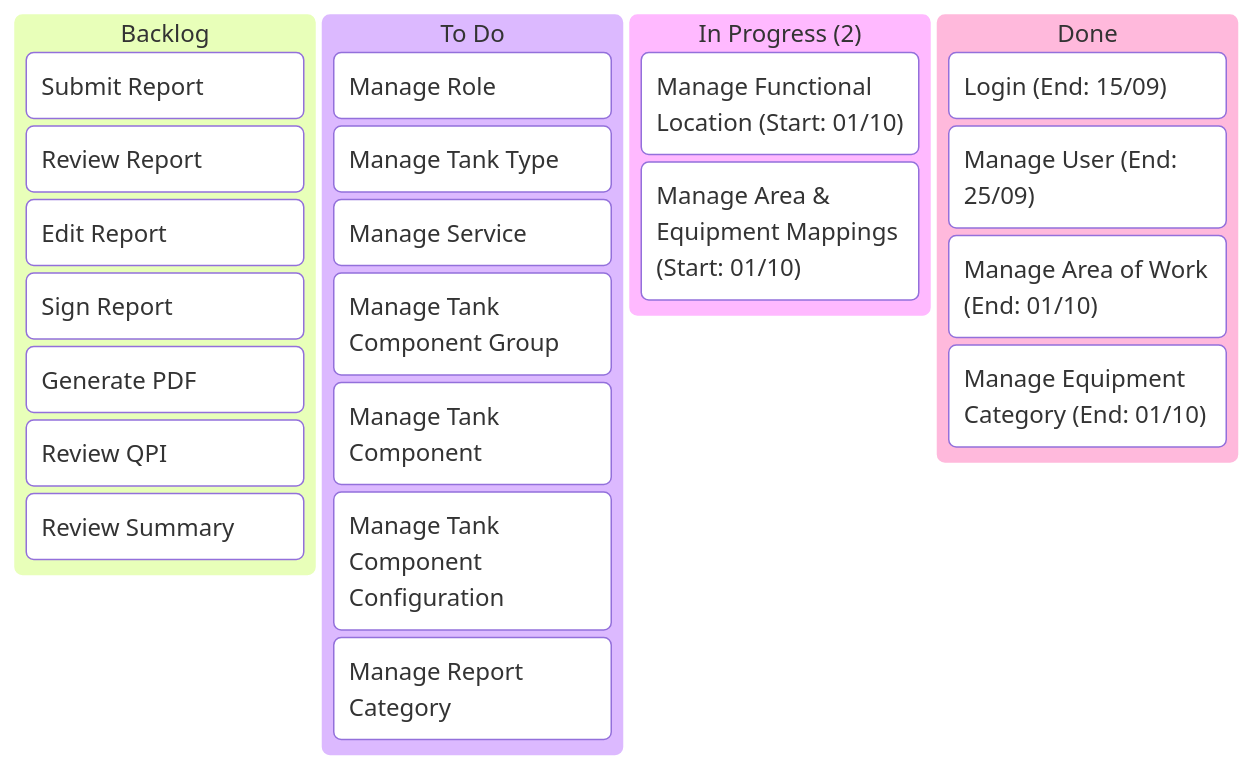
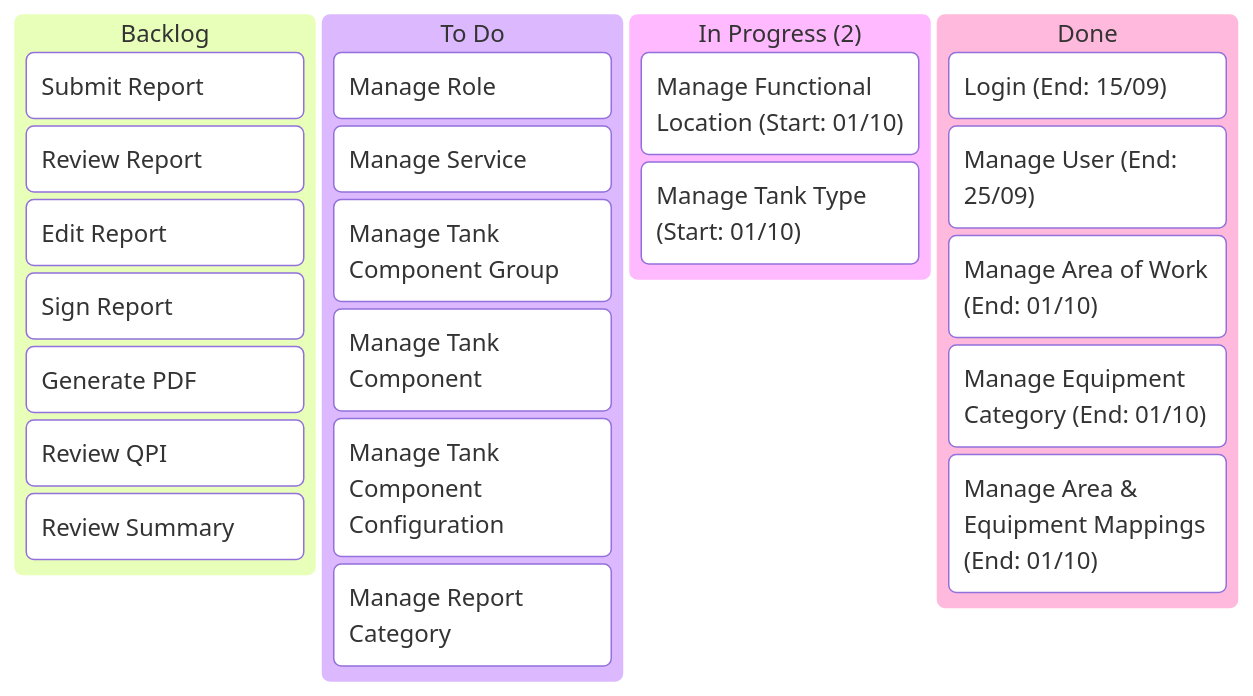
The diagram in Kanban/02-Kanban.md (billdansr/kanban-boc-om), drawn with Mermaid before and after one commit.

Commit message:
vault backup: 2025-10-01 15:47:50
Manage Area & Equipment Mappings done in 01/10
Manage Tank Type started in 01/10

````diff
--- a/Kanban/02-Kanban.md
+++ b/Kanban/02-Kanban.md
@@ -3,31 +3,32 @@
 ```mermaid
 kanban
   backlog[Backlog]
 	  b2[Submit Report]
 	  b3[Review Report]
 	  b4[Edit Report]
 	  b5[Sign Report]
 	  b6[Generate PDF]
 	  b7[Review QPI]
 	  b8[Review Summary]
 
   todo[To Do]
 	  t10[Manage Role]
 	  
-	  t14[Manage Tank Type]
+	  
 	  t15[Manage Service]
 	  t16[Manage Tank Component Group]
 	  t17[Manage Tank Component]
 	  t18[Manage Tank Component Configuration]
 	  t19[Manage Report Category]
 
   inprogress["In Progress (2)"]
 	  i13["Manage Functional Location (Start: 01/10)"]
-	  i20["Manage Area & Equipment Mappings (Start: 01/10)"]
+	  i14["Manage Tank Type (Start: 01/10)"]
 
   done[Done]
 	  d1["Login (End: 15/09)"]
 	  d9["Manage User (End: 25/09)"]
 	  d11["Manage Area of Work (End: 01/10)"]
 	  d12["Manage Equipment Category (End: 01/10)"]
+	  d20["Manage Area & Equipment Mappings (End: 01/10)"]
 ```
````
